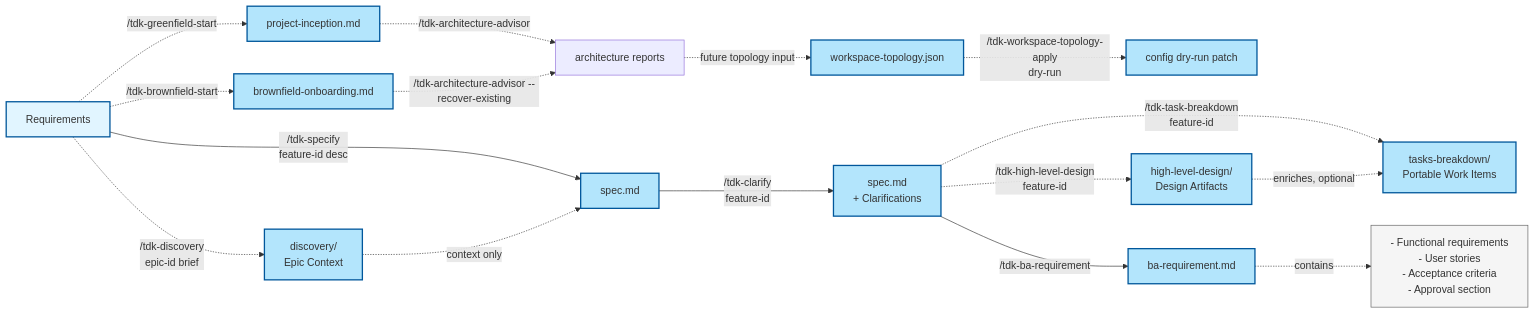
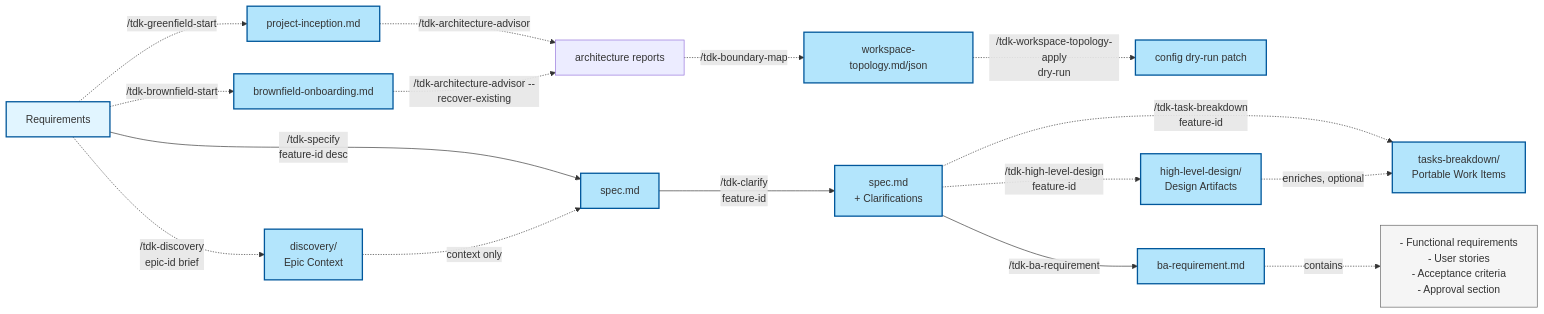
The second of 8 diagrams in .specify/docs/guides/document-flow.md (vinhltt/tdk), drawn with Mermaid before and after one commit. The commit also changed other lines of this file and 43 other files, not shown here.

````diff
--- a/.specify/docs/guides/document-flow.md
+++ b/.specify/docs/guides/document-flow.md
@@ -92,40 +92,40 @@
 ```mermaid
 flowchart LR
     REQ[Requirements]
     GREENFIELD_INCEPTION[project-inception.md]
     BROWNFIELD_ONBOARDING[brownfield-onboarding.md]
     ARCHITECTURE_REPORTS[architecture reports]
-    TOPOLOGY[workspace-topology.json]
+    TOPOLOGY[workspace-topology.md/json]
     CONFIG_PATCH[config dry-run patch]
     DISCOVERY[discovery/<br/>Epic Context]
     SPEC[spec.md]
     SPEC_CLAR[spec.md<br/>+ Clarifications]
     HLD[high-level-design/<br/>Design Artifacts]
     TASKS[tasks-breakdown/<br/>Portable Work Items]
     BA_REQ[ba-requirement.md]
 
     REQ -.->|"/tdk-greenfield-start"| GREENFIELD_INCEPTION
     REQ -.->|"/tdk-brownfield-start"| BROWNFIELD_ONBOARDING
     GREENFIELD_INCEPTION -.->|"/tdk-architecture-advisor"| ARCHITECTURE_REPORTS
     BROWNFIELD_ONBOARDING -.->|"/tdk-architecture-advisor --recover-existing"| ARCHITECTURE_REPORTS
-    ARCHITECTURE_REPORTS -.->|"future topology input"| TOPOLOGY
+    ARCHITECTURE_REPORTS -.->|"/tdk-boundary-map"| TOPOLOGY
     TOPOLOGY -.->|"/tdk-workspace-topology-apply<br/>dry-run"| CONFIG_PATCH
     REQ -.->|"/tdk-discovery<br/>epic-id brief"| DISCOVERY
     REQ -->|"/tdk-specify<br/>feature-id desc"| SPEC
     DISCOVERY -.->|"context only"| SPEC
     SPEC -->|"/tdk-clarify<br/>feature-id"| SPEC_CLAR
     SPEC_CLAR -.->|"/tdk-high-level-design<br/>feature-id"| HLD
     SPEC_CLAR -.->|"/tdk-task-breakdown<br/>feature-id"| TASKS
     HLD -.->|"enriches, optional"| TASKS
     SPEC_CLAR -->|"/tdk-ba-requirement"| BA_REQ
 
     BA_REQ -.->|contains| CONTENT["- Functional requirements<br/>- User stories<br/>- Acceptance criteria<br/>- Approval section"]
 
     classDef input fill:#e1f5ff,stroke:#01579b,stroke-width:2px
     classDef output fill:#b3e5fc,stroke:#01579b,stroke-width:2px
     classDef note fill:#f5f5f5,stroke:#616161,stroke-width:1px
 
     class REQ input
     class GREENFIELD_INCEPTION,BROWNFIELD_ONBOARDING,TOPOLOGY,CONFIG_PATCH,DISCOVERY,SPEC,SPEC_CLAR,HLD,TASKS,BA_REQ output
     class CONTENT note
 ```
````
